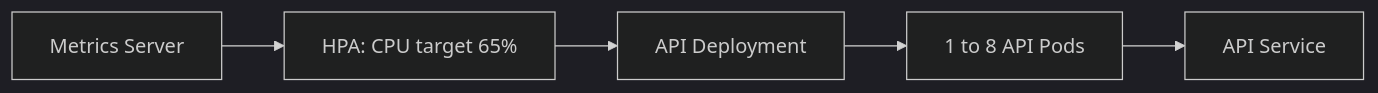
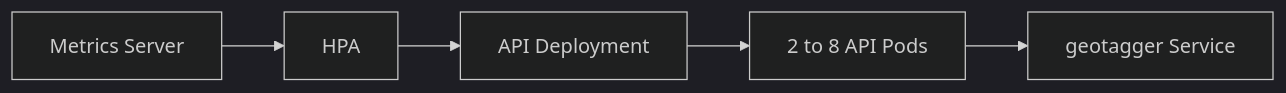
Before and after one commit to Jstarzz/geotagger: the fourth of 9 diagrams in docs/KUBERNETES.md, drawn with Mermaid (dark theme). The commit also changed other lines of this file, not shown here.

Commit message:
docs: update K3s guide for dual MMDB architecture

````diff
--- a/docs/KUBERNETES.md
+++ b/docs/KUBERNETES.md
@@ -159,7 +149,7 @@
 ```mermaid
 flowchart LR
-    METRICS["Metrics Server"] --> HPA["HPA: CPU target 65%"]
+    METRICS["Metrics Server"] --> HPA["HPA"]
     HPA --> DEPLOY["API Deployment"]
-    DEPLOY --> PODS["1 to 8 API Pods"]
-    PODS --> SVC["API Service"]
+    DEPLOY --> PODS["2 to 8 API Pods"]
+    PODS --> SVC["geotagger Service"]
 ```
````
